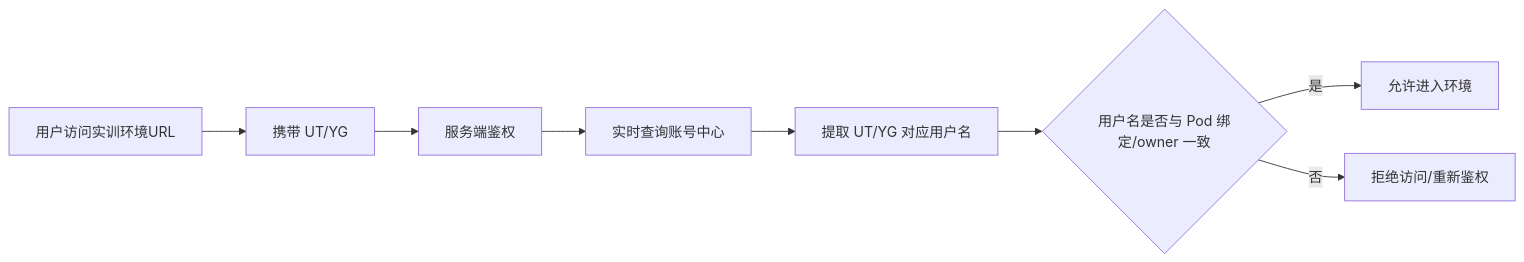
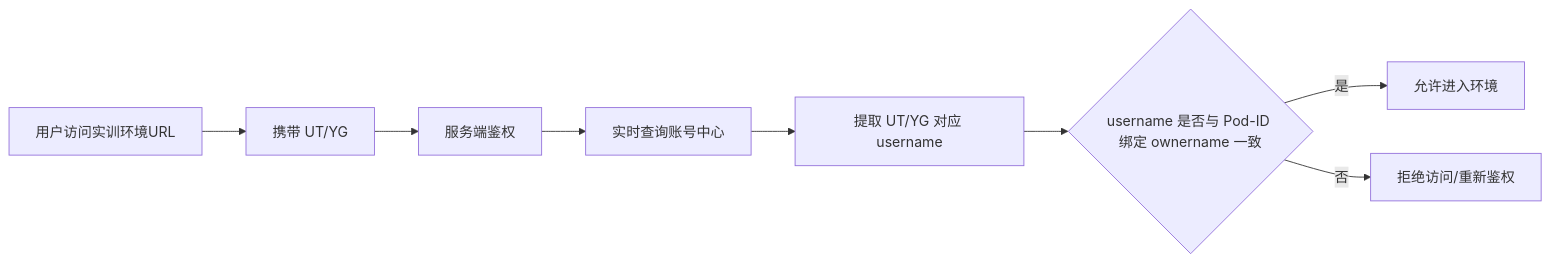
One commit to GeorgeCao-hw/backlog-test changed the diagram in opensourceways/backlog/issue_docs/151/Requirement Analysis/#151 Requirement Analysis Specification.md. Above: the diagram before and after it, drawn with Mermaid. The commit also changed other lines of this file and 1 other file, not shown here.

````diff
--- a/opensourceways/backlog/issue_docs/151/Requirement Analysis/#151 Requirement Analysis Specification.md
+++ b/opensourceways/backlog/issue_docs/151/Requirement Analysis/#151 Requirement Analysis Specification.md
@@ -40,10 +40,10 @@
 ```mermaid
 flowchart LR
     A[用户访问实训环境URL] --> B[携带 UT/YG]
     B --> C[服务端鉴权]
     C --> D[实时查询账号中心]
-    D --> E[提取 UT/YG 对应用户名]
-    E --> F{用户名是否与 Pod 绑定/owner 一致}
+    D --> E[提取 UT/YG 对应 username]
+    E --> F{username 是否与 Pod-ID 绑定 ownername 一致}
     F -- 是 --> G[允许进入环境]
     F -- 否 --> H[拒绝访问/重新鉴权]
 ```
````
